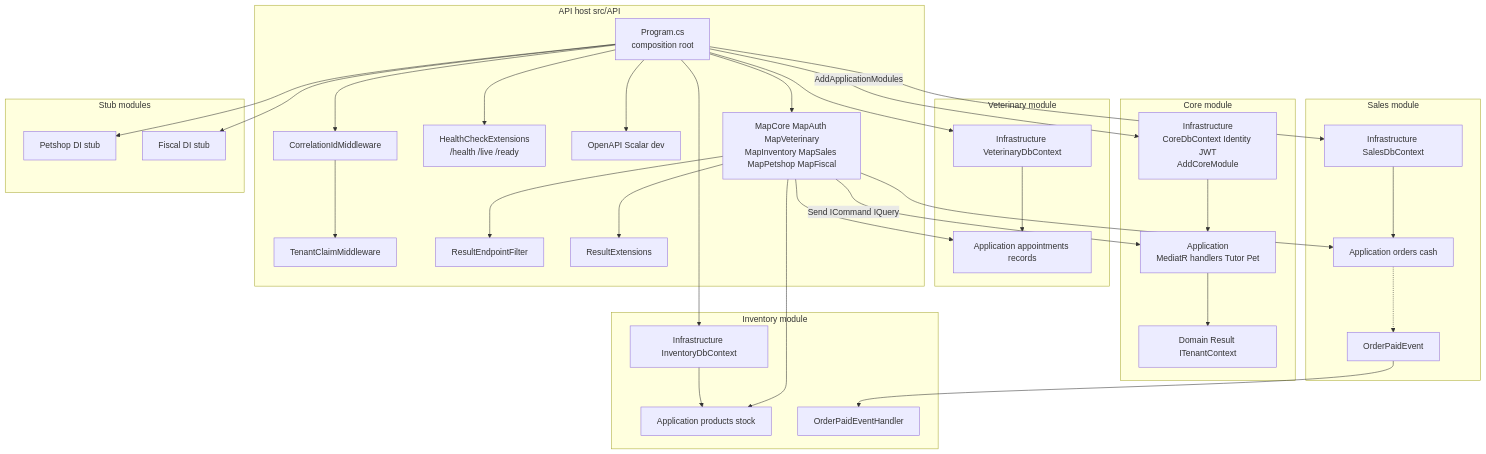
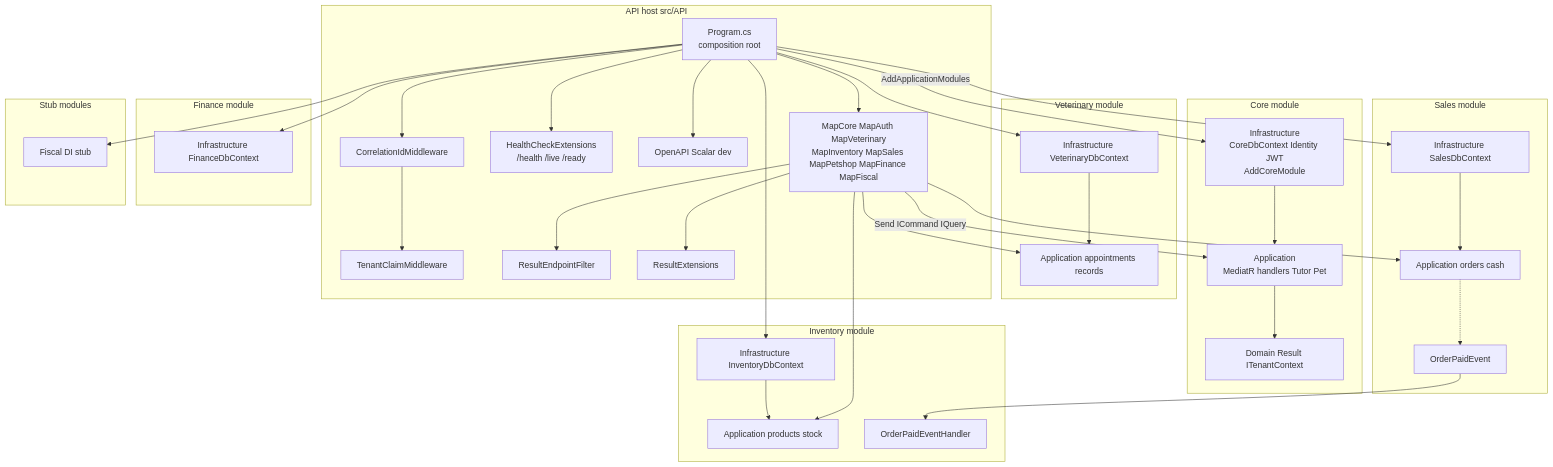
One commit to ronaldocestrela/sysvet changed the diagram in docs/diagramas/c4-api-components.mmd. Above: the diagram before and after it, drawn with Mermaid. The commit also changed 30 other files, not shown here.

```diff
--- a/docs/diagramas/c4-api-components.mmd
+++ b/docs/diagramas/c4-api-components.mmd
@@ -1,69 +1,72 @@
 %% C4 Level 3 — Components inside the API container (src/API + composed modules)
 
 flowchart TB
     subgraph api_host [API host src/API]
         Program["Program.cs<br/>composition root"]
         Corr["CorrelationIdMiddleware"]
         TenantMw["TenantClaimMiddleware"]
         Health["HealthCheckExtensions<br/>/health /live /ready"]
         OpenApi["OpenAPI Scalar dev"]
         ResultFilter["ResultEndpointFilter"]
         ResultExt["ResultExtensions"]
-        MapEndpoints["MapCore MapAuth MapVeterinary<br/>MapInventory MapSales MapPetshop MapFiscal"]
+        MapEndpoints["MapCore MapAuth MapVeterinary<br/>MapInventory MapSales MapPetshop MapFinance MapFiscal"]
     end
 
     subgraph core_mod [Core module]
         CoreApp["Application<br/>MediatR handlers Tutor Pet"]
         CoreDom["Domain Result ITenantContext"]
         CoreInf["Infrastructure<br/>CoreDbContext Identity JWT<br/>AddCoreModule"]
     end
 
     subgraph vet_mod [Veterinary module]
         VetApp["Application appointments records"]
         VetInf["Infrastructure VeterinaryDbContext"]
     end
 
     subgraph inv_mod [Inventory module]
         InvApp["Application products stock"]
         InvInf["Infrastructure InventoryDbContext"]
         InvHandler["OrderPaidEventHandler"]
     end
 
     subgraph sales_mod [Sales module]
         SalesApp["Application orders cash"]
         SalesInf["Infrastructure SalesDbContext"]
         OrderPaid["OrderPaidEvent"]
     end
 
+    subgraph fin_mod [Finance module]
+        FinInf["Infrastructure FinanceDbContext"]
+    end
+
     subgraph stub_mod [Stub modules]
-        PetshopStub["Petshop DI stub"]
         FiscalStub["Fiscal DI stub"]
     end
 
     Program --> Corr --> TenantMw
     Program --> MapEndpoints
     MapEndpoints --> ResultFilter
     MapEndpoints --> ResultExt
     Program --> Health
     Program --> OpenApi
 
     MapEndpoints -->|"Send ICommand IQuery"| CoreApp
     MapEndpoints --> VetApp
     MapEndpoints --> InvApp
     MapEndpoints --> SalesApp
 
     CoreApp --> CoreDom
     CoreInf --> CoreApp
     VetInf --> VetApp
     InvInf --> InvApp
     SalesInf --> SalesApp
 
     OrderPaid --> InvHandler
     SalesApp -.-> OrderPaid
 
     Program -->|"AddApplicationModules"| CoreInf
     Program --> VetInf
     Program --> InvInf
     Program --> SalesInf
-    Program --> PetshopStub
+    Program --> FinInf
     Program --> FiscalStub
```
